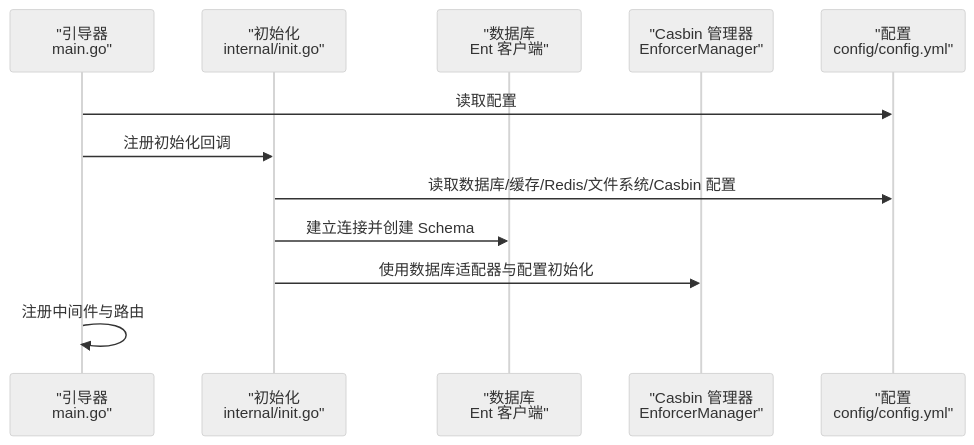
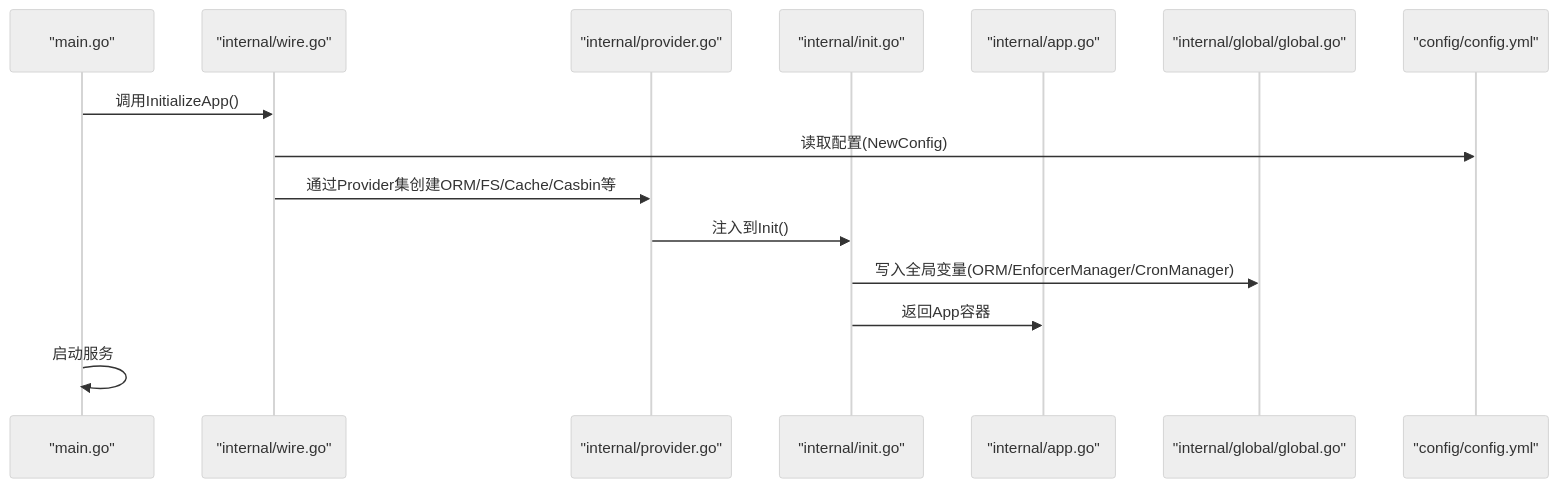
Before and after one commit to wuwuseo/e-sports-go-admin: the second of 3 diagrams in .qoder/repowiki/zh/content/配置管理/配置管理.md, drawn with Mermaid (neutral theme). The commit also changed other lines of this file and 141 other files, not shown here.

````diff
--- a/.qoder/repowiki/zh/content/配置管理/配置管理.md
+++ b/.qoder/repowiki/zh/content/配置管理/配置管理.md
@@ -89,14 +86,17 @@
 ```mermaid
 sequenceDiagram
-participant Boot as "引导器<br/>main.go"
-participant Init as "初始化<br/>internal/init.go"
-participant DB as "数据库<br/>Ent 客户端"
-participant CB as "Casbin 管理器<br/>EnforcerManager"
-participant Cfg as "配置<br/>config/config.yml"
-Boot->>Cfg : 读取配置
-Boot->>Init : 注册初始化回调
-Init->>Cfg : 读取数据库/缓存/Redis/文件系统/Casbin 配置
-Init->>DB : 建立连接并创建 Schema
-Init->>CB : 使用数据库适配器与配置初始化
-Boot->>Boot : 注册中间件与路由
+participant M as "main.go"
+participant W as "internal/wire.go"
+participant P as "internal/provider.go"
+participant I as "internal/init.go"
+participant A as "internal/app.go"
+participant G as "internal/global/global.go"
+participant CFG as "config/config.yml"
+M->>W : 调用InitializeApp()
+W->>CFG : 读取配置(NewConfig)
+W->>P : 通过Provider集创建ORM/FS/Cache/Casbin等
+P->>I : 注入到Init()
+I->>G : 写入全局变量(ORM/EnforcerManager/CronManager)
+I->>A : 返回App容器
+M->>M : 启动服务
 ```
````
